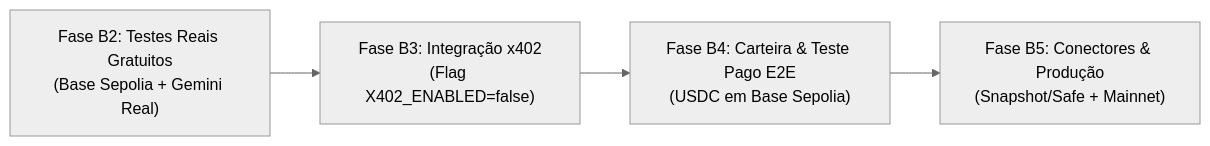
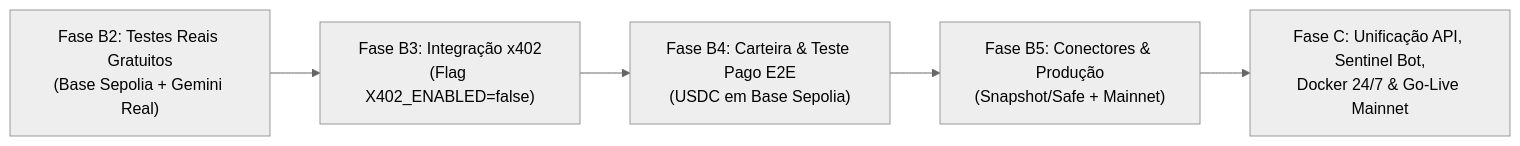
One commit to RafaCoelho33/web3-systemic-agent changed the diagram in PROXIMOS_PASSOS.md. Above: the diagram before and after it, drawn with Mermaid (neutral theme). The commit also changed other lines of this file and 10 other files, not shown here.

````diff
--- a/PROXIMOS_PASSOS.md
+++ b/PROXIMOS_PASSOS.md
@@ -9,6 +9,7 @@
 ```mermaid
 flowchart LR
     B2["Fase B2: Testes Reais Gratuitos\n(Base Sepolia + Gemini Real)"] --> B3["Fase B3: Integração x402\n(Flag X402_ENABLED=false)"]
     B3 --> B4["Fase B4: Carteira & Teste Pago E2E\n(USDC em Base Sepolia)"]
     B4 --> B5["Fase B5: Conectores & Produção\n(Snapshot/Safe + Mainnet)"]
+    B5 --> C["Fase C: Unificação API, Sentinel Bot,\nDocker 24/7 & Go-Live Mainnet"]
 ```
````
